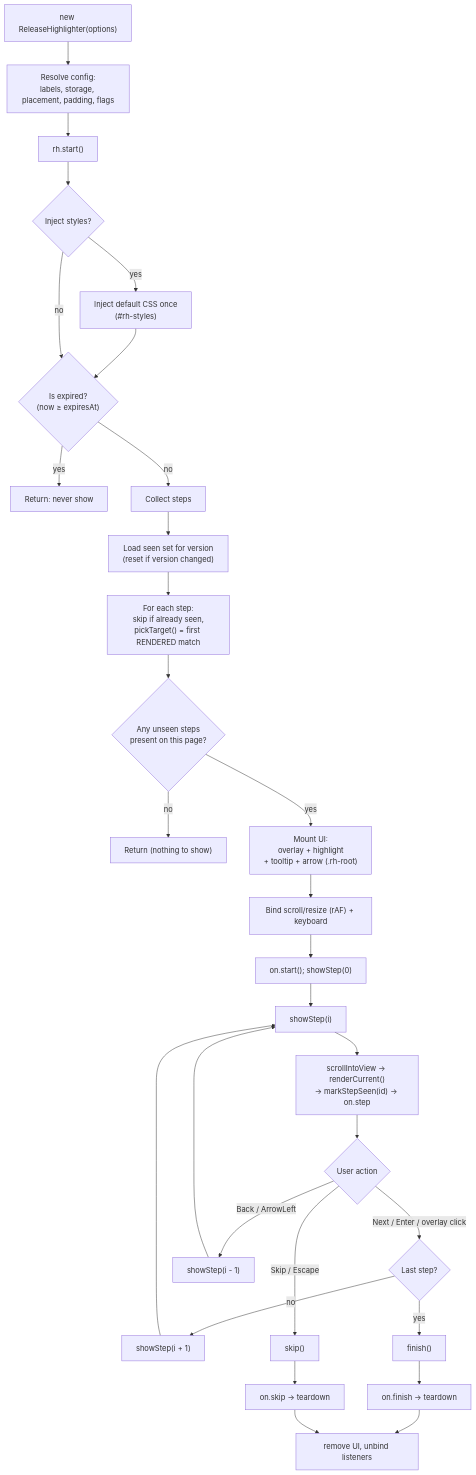
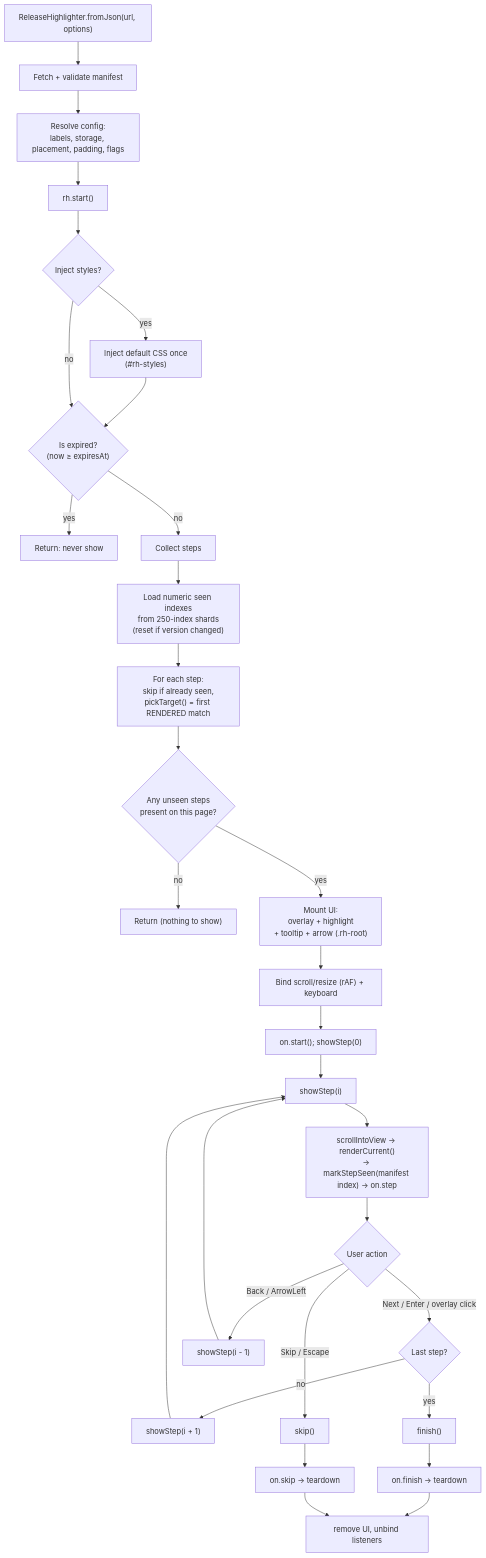
Before and after one commit to inandi/Release-Highlighter: the diagram in README.md, drawn with Mermaid. The commit also changed other lines of this file and 3 other files, not shown here.

````diff
--- a/README.md
+++ b/README.md
@@ -142,43 +145,44 @@
 ```mermaid
 flowchart TD
-    A["new ReleaseHighlighter(options)"]
+    A["ReleaseHighlighter.fromJson(url, options)"]
+        --> A1["Fetch + validate manifest"]
         --> B["Resolve config:<br/>labels, storage, placement, padding, flags"]
         --> C["rh.start()"]
 
     C --> D{"Inject styles?"}
     D -- yes --> D1["Inject default CSS once<br/>(#rh-styles)"]
     D1 --> E{"Is expired?<br/>(now ≥ expiresAt)"}
     D -- no --> E
 
     E -- yes --> Z1["Return: never show"]
     E -- no --> G["Collect steps"]
 
-    G --> G1["Load seen set for version<br/>(reset if version changed)"]
+    G --> G1["Load numeric seen indexes<br/>from 250-index shards<br/>(reset if version changed)"]
     G1 --> G2["For each step:<br/>skip if already seen,<br/>pickTarget() = first RENDERED match"]
     G2 --> H{"Any unseen steps<br/>present on this page?"}
 
     H -- no --> I["Return (nothing to show)"]
     H -- yes --> J["Mount UI:<br/>overlay + highlight<br/>+ tooltip + arrow (.rh-root)"]
 
     J --> K["Bind scroll/resize (rAF) + keyboard"]
     K --> L["on.start(); showStep(0)"]
 
     L --> M["showStep(i)"]
-    M --> M1["scrollIntoView → renderCurrent()<br/>→ markStepSeen(id) → on.step"]
+    M --> M1["scrollIntoView → renderCurrent()<br/>→ markStepSeen(manifest index) → on.step"]
 
     M1 --> N{"User action"}
     N -- "Next / Enter / overlay click" --> O{"Last step?"}
     O -- no --> P["showStep(i + 1)"]
     O -- yes --> Q["finish()"]
     N -- "Back / ArrowLeft" --> R["showStep(i - 1)"]
     N -- "Skip / Escape" --> S["skip()"]
 
     P --> M
     R --> M
 
     Q --> T["on.finish → teardown"]
     S --> U["on.skip → teardown"]
 
     T --> V["remove UI, unbind listeners"]
     U --> V
 ```
````
